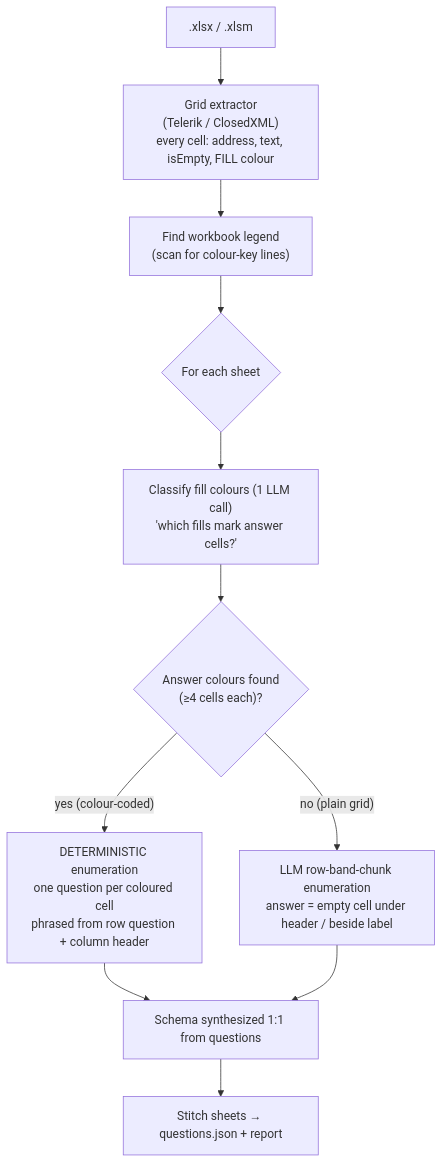
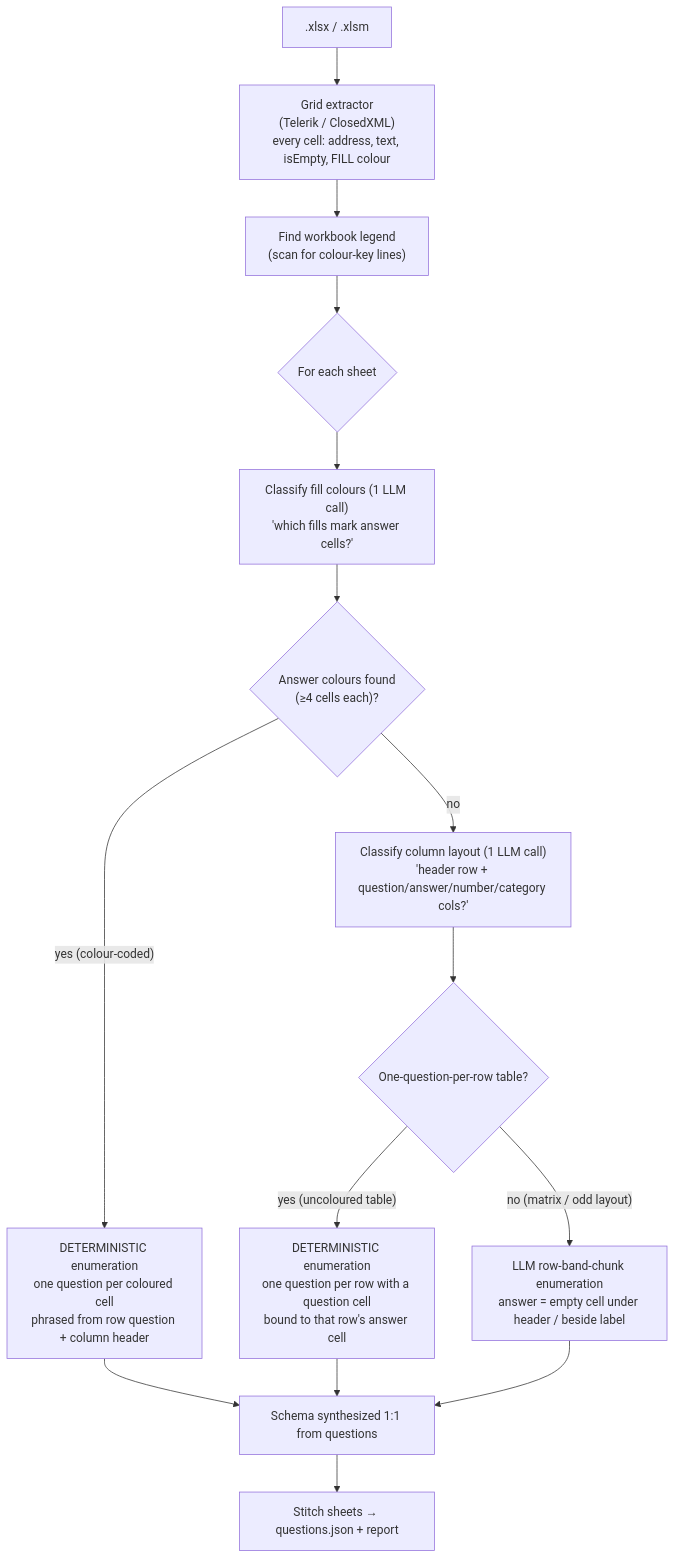
Before and after one commit to michaeljosiah/RFP-AI: the diagram in docs/excel-extraction.md, drawn with Mermaid. The commit also changed other lines of this file and 9 other files, not shown here.

````diff
--- a/docs/excel-extraction.md
+++ b/docs/excel-extraction.md
@@ -34,13 +35,17 @@
 ```mermaid
 flowchart TD
     A[".xlsx / .xlsm"] --> B["Grid extractor<br/>(Telerik / ClosedXML)<br/>every cell: address, text, isEmpty, FILL colour"]
     B --> C["Find workbook legend<br/>(scan for colour-key lines)"]
     C --> D{"For each sheet"}
     D --> E["Classify fill colours (1 LLM call)<br/>'which fills mark answer cells?'"]
     E --> F{"Answer colours found<br/>(≥4 cells each)?"}
     F -- "yes (colour-coded)" --> G["DETERMINISTIC enumeration<br/>one question per coloured cell<br/>phrased from row question + column header"]
-    F -- "no (plain grid)" --> H["LLM row-band-chunk enumeration<br/>answer = empty cell under header / beside label"]
+    F -- "no" --> T["Classify column layout (1 LLM call)<br/>'header row + question/answer/number/category cols?'"]
+    T --> U{"One-question-per-row table?"}
+    U -- "yes (uncoloured table)" --> V["DETERMINISTIC enumeration<br/>one question per row with a question cell<br/>bound to that row's answer cell"]
+    U -- "no (matrix / odd layout)" --> H["LLM row-band-chunk enumeration<br/>answer = empty cell under header / beside label"]
     G --> I["Schema synthesized 1:1 from questions"]
+    V --> I
     H --> I
     I --> J["Stitch sheets → questions.json + report"]
 ```
````
